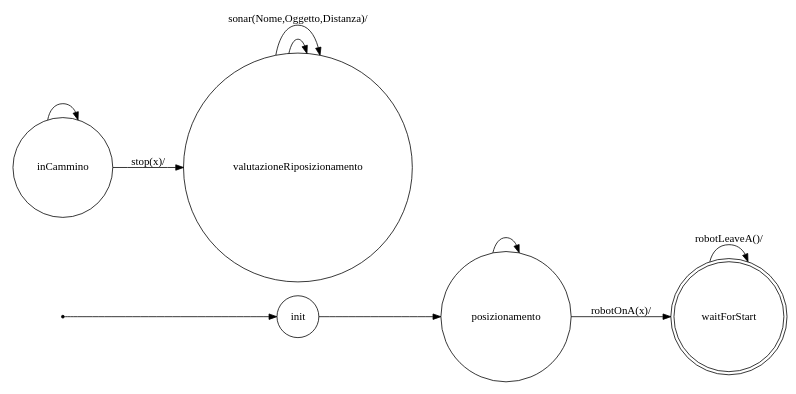
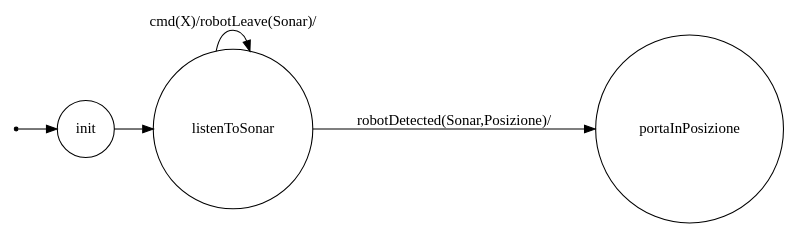
Before and after one commit to sabbio93/QRobotEvitaMuri: the diagram in Model2/srcMore/it/unibo/robotmind/dotFsm.gv, drawn with Graphviz. The commit also changed 50 other files, not shown here.

```diff
--- a/Model2/srcMore/it/unibo/robotmind/dotFsm.gv
+++ b/Model2/srcMore/it/unibo/robotmind/dotFsm.gv
@@ -1,31 +1,23 @@
 /*
 *
 * A GraphViz DOT FSM description 
 * Please use a GraphViz visualizer (like http://www.webgraphviz.com)
 * 
 * Generated by AM,NC,RM
 *  
 */
  
 digraph finite_state_machine {
   	rankdir=LR;
   	size="8,5"
   	node [shape = point]; iniziale;
-  	node [shape = doublecircle]; waitForStart; 
+  	node [shape = doublecircle]; 
   	node [shape = circle];
   	iniziale -> init [label = ""];
   	
   	
-  	init -> posizionamento [ label = ""];
+  	init -> listenToSonar [ label = ""];
   	
-  	posizionamento -> posizionamento [ label = ""];
-  	posizionamento -> waitForStart [ label = "robotOnA(x)/"];
-  	
-  	waitForStart -> waitForStart [ label = "robotLeaveA()/"];
-  	
-  	inCammino -> inCammino [ label = ""];
-  	inCammino -> valutazioneRiposizionamento [ label = "stop(x)/"];
-  	
-  	valutazioneRiposizionamento -> valutazioneRiposizionamento [ label = ""];
-  	valutazioneRiposizionamento -> valutazioneRiposizionamento [ label = "sonar(Nome,Oggetto,Distanza)/"];
+  	listenToSonar -> listenToSonar [ label = "cmd(X)/robotLeave(Sonar)/"];
+  	listenToSonar -> portaInPosizione [ label = "robotDetected(Sonar,Posizione)/"];
 }
```
